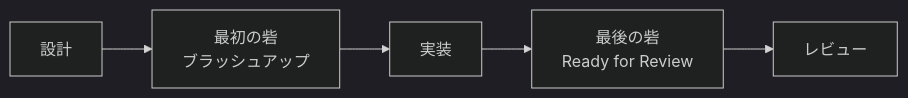
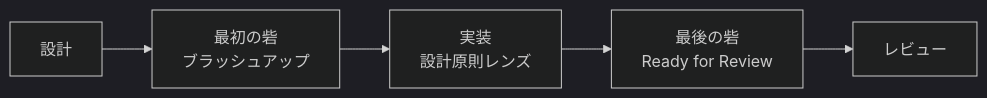
Before and after one commit to ka2kama/ringiflow: the third of 3 diagrams in .claude/rules/zoom-rhythm.md, drawn with Mermaid (dark theme). The commit also changed other lines of this file and 8 other files, not shown here.

````diff
--- a/.claude/rules/zoom-rhythm.md
+++ b/.claude/rules/zoom-rhythm.md
@@ -276,7 +285,7 @@
 ```mermaid
 flowchart LR
     A["設計"] --> B["最初の砦<br/>ブラッシュアップ"]
-    B --> C["実装"]
+    B --> C["実装<br/>設計原則レンズ"]
     C --> D["最後の砦<br/>Ready for Review"]
     D --> E["レビュー"]
 ```
````
